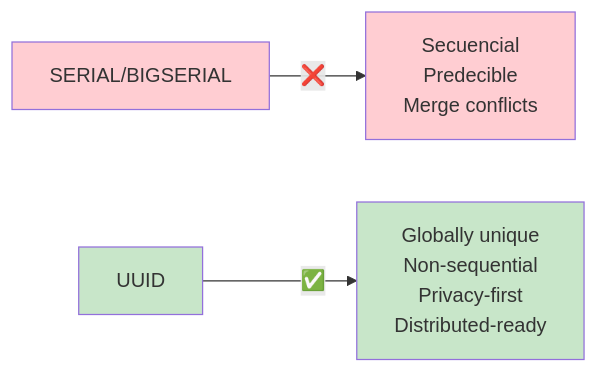
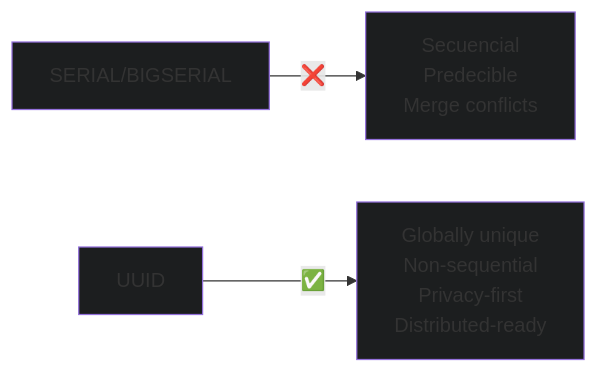
The third of 16 diagrams in docs/db/README.md (devmangel/webapp), drawn with Mermaid before and after one commit. The commit also changed other lines of this file and 1 other file, not shown here.

````diff
--- a/docs/db/README.md
+++ b/docs/db/README.md
@@ -235,11 +235,11 @@
 ```mermaid
 graph LR
     A[SERIAL/BIGSERIAL] -->|❌| B[Secuencial<br/>Predecible<br/>Merge conflicts]
     
     C[UUID] -->|✅| D[Globally unique<br/>Non-sequential<br/>Privacy-first<br/>Distributed-ready]
     
-    style A fill:#ffcdd2
-    style B fill:#ffcdd2
-    style C fill:#c8e6c9
-    style D fill:#c8e6c9
+    style A fill:#1c1e1f
+    style B fill:#1c1e1f
+    style C fill:#1c1e1f
+    style D fill:#1c1e1f
 ```
````
